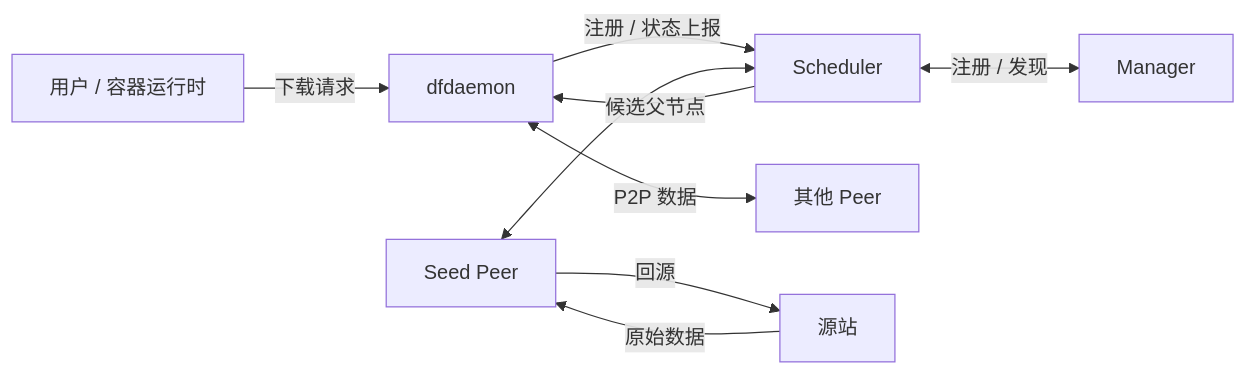
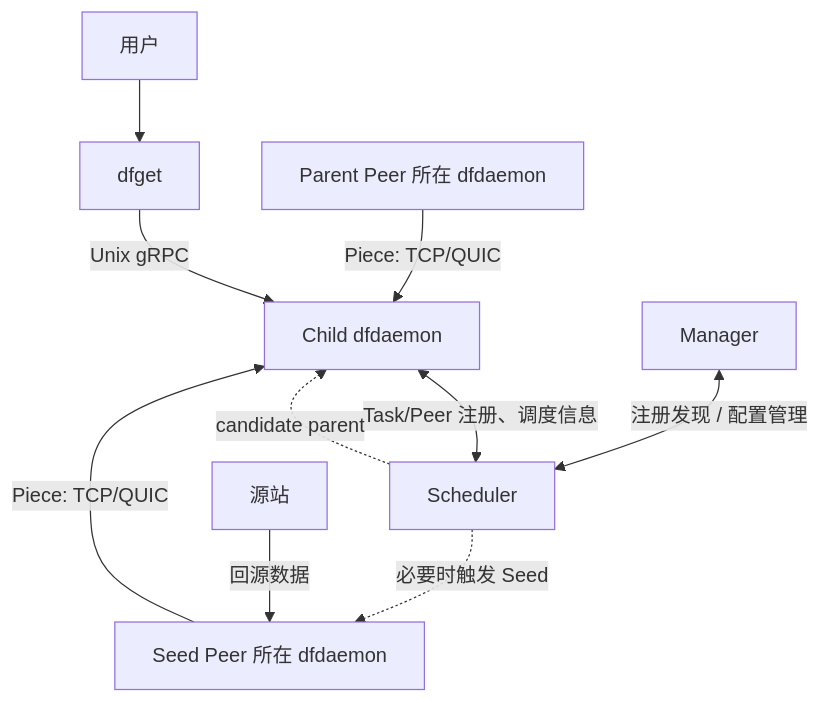
The second of 13 diagrams in share/dragonfly-urma-basic-sharing.md (YIYUANYUAN1116/engineering-lab), drawn with Mermaid before and after one commit. The commit also changed other lines of this file and 1 other file, not shown here.

````diff
--- a/share/dragonfly-urma-basic-sharing.md
+++ b/share/dragonfly-urma-basic-sharing.md
@@ -98,11 +122,29 @@
 ```mermaid
-flowchart LR
-    User[用户 / 容器运行时] -->|下载请求| DF[dfdaemon]
-    DF -->|注册 / 状态上报| S[Scheduler]
-    S -->|候选父节点| DF
-    S <-->|注册 / 发现| M[Manager]
-    DF <-->|P2P 数据| P[其他 Peer]
-    Seed[Seed Peer] -->|回源| Src[源站]
-    Seed <--> S
-    Src -->|原始数据| Seed
+graph TD
+
+User[用户]
+DFGET[dfget]
+ChildDFD[Child dfdaemon]
+
+Manager[Manager]
+Scheduler[Scheduler]
+
+SeedDFD[Seed Peer 所在 dfdaemon]
+ParentDFD[Parent Peer 所在 dfdaemon]
+
+Source[源站]
+
+User --> DFGET
+DFGET -->|Unix gRPC| ChildDFD
+
+ChildDFD <-->|Task/Peer 注册、调度信息| Scheduler
+Manager <-->|注册发现 / 配置管理| Scheduler
+
+Scheduler -.->|candidate parent| ChildDFD
+Scheduler -.->|必要时触发 Seed| SeedDFD
+
+Source -->|回源数据| SeedDFD
+
+SeedDFD -->|Piece: TCP/QUIC| ChildDFD
+ParentDFD -->|Piece: TCP/QUIC| ChildDFD
 ```
````
